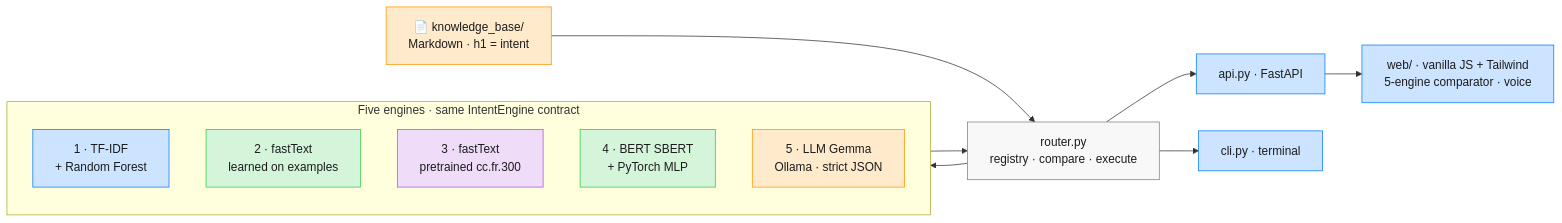
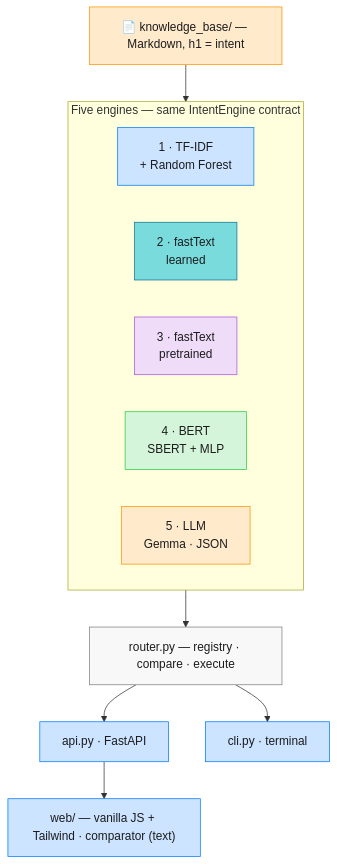
The second of 2 diagrams in README.md (warith-harchaoui/intentions), drawn with Mermaid before and after one commit. The commit also changed other lines of this file and 5 other files, not shown here.

First line of the commit message:
Polish diagrams + violins: house palette, top-down architecture

````diff
--- a/README.md
+++ b/README.md
@@ -235,29 +235,29 @@
 ```mermaid
-flowchart LR
-    KB["📄 knowledge_base/<br/>Markdown · h1 = intent"] --> R
+flowchart TB
+    KB["📄 knowledge_base/ — Markdown, h1 = intent"] --> Engines
 
-    subgraph Engines["Five engines · same IntentEngine contract"]
-        direction TB
+    subgraph Engines["Five engines — same IntentEngine contract"]
+        direction LR
         E1["1 · TF-IDF<br/>+ Random Forest"]
-        E2["2 · fastText<br/>learned on examples"]
-        E3["3 · fastText<br/>pretrained cc.fr.300"]
-        E4["4 · BERT SBERT<br/>+ PyTorch MLP"]
-        E5["5 · LLM Gemma<br/>Ollama · strict JSON"]
+        E2["2 · fastText<br/>learned"]
+        E3["3 · fastText<br/>pretrained"]
+        E4["4 · BERT<br/>SBERT + MLP"]
+        E5["5 · LLM<br/>Gemma · JSON"]
     end
 
-    R["router.py<br/>registry · compare · execute"] --> Engines
-    Engines --> R
-    R --> API["api.py · FastAPI"] & CLI["cli.py · terminal"]
-    API --> WEB["web/ · vanilla JS + Tailwind<br/>5-engine comparator · voice"]
+    Engines --> R["router.py — registry · compare · execute"]
+    R --> API["api.py · FastAPI"]
+    R --> CLI["cli.py · terminal"]
+    API --> WEB["web/ — vanilla JS + Tailwind · comparator (text)"]
 
     style KB fill:#FFEACC,stroke:#FF9500,color:#1C1C1E
     style R fill:#F8F8F8,stroke:#808080,color:#1C1C1E
     style E1 fill:#CCE4FF,stroke:#007AFF,color:#1C1C1E
-    style E2 fill:#D4F5D9,stroke:#28CD41,color:#1C1C1E
+    style E2 fill:#79DBDC,stroke:#0E7490,color:#1C1C1E
     style E3 fill:#EFDCF8,stroke:#AF52DE,color:#1C1C1E
     style E4 fill:#D4F5D9,stroke:#28CD41,color:#1C1C1E
     style E5 fill:#FFEACC,stroke:#FF9500,color:#1C1C1E
     style API fill:#CCE4FF,stroke:#007AFF,color:#1C1C1E
     style CLI fill:#CCE4FF,stroke:#007AFF,color:#1C1C1E
     style WEB fill:#CCE4FF,stroke:#007AFF,color:#1C1C1E
 ```
````
